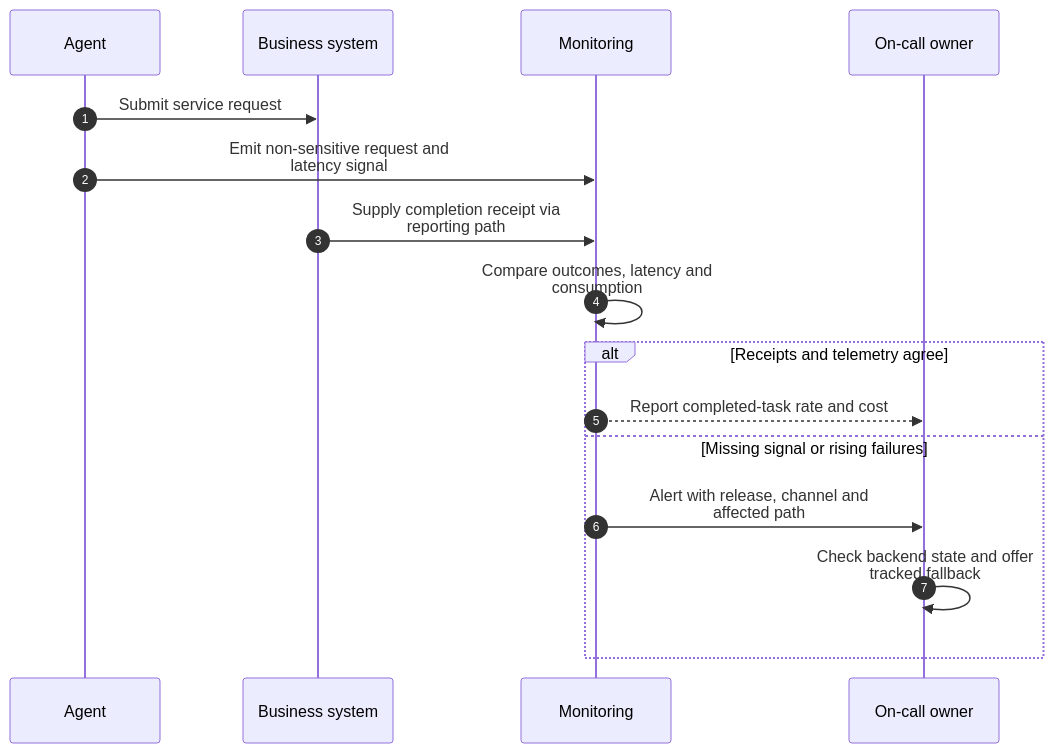
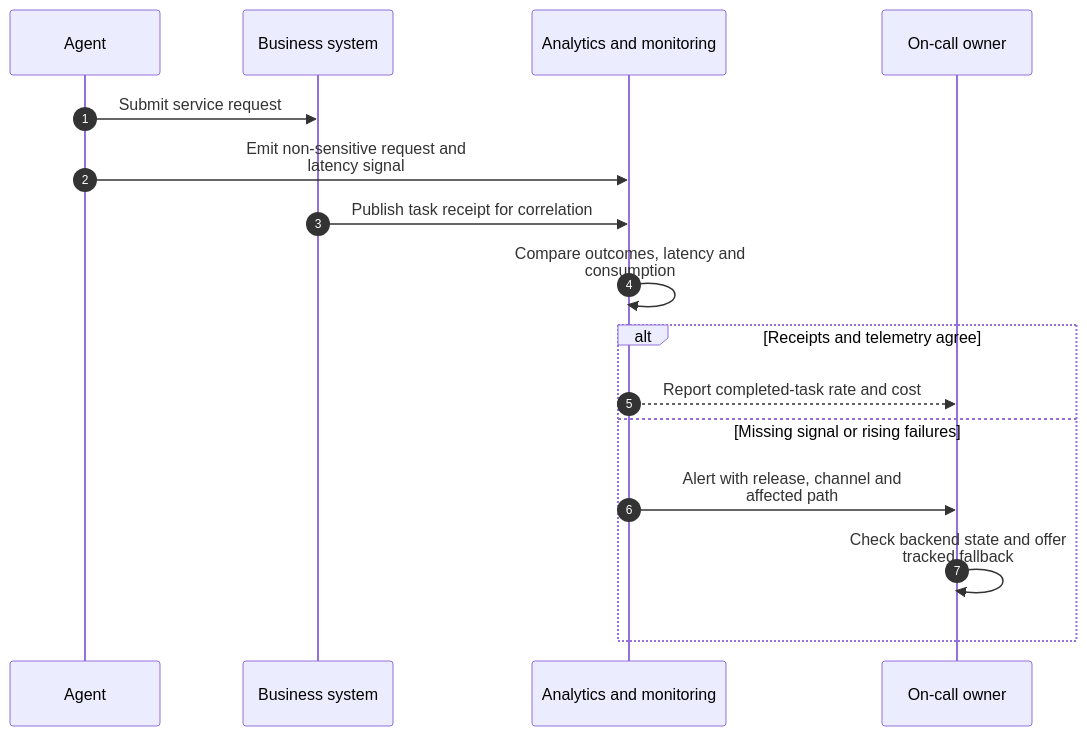
The second of 2 diagrams in technical-patterns/operational-monitoring.md (abhishek-ai-enabler/copilotstudio-architecture-patterns), drawn with Mermaid before and after one commit. The commit also changed 41 other files, not shown here.

First line of the commit message:
Review diagrams: add return paths and fix flow accuracy

````diff
--- a/technical-patterns/operational-monitoring.md
+++ b/technical-patterns/operational-monitoring.md
@@ -35,19 +35,19 @@
 ```mermaid
 sequenceDiagram
     accTitle: Monitor completed tasks, tool health and consumption together - technical flow
     autonumber
     participant A as Agent
     participant B as Business system
-    participant T as Monitoring
+    participant T as Analytics and monitoring
     participant H as On-call owner
     A->>B: Submit service request
     A->>T: Emit non-sensitive request and<br/>latency signal
-    B->>T: Supply completion receipt via<br/>reporting path
+    B->>T: Publish task receipt for correlation
     T->>T: Compare outcomes, latency and<br/>consumption
     alt Receipts and telemetry agree
-        T-->>H: Report completed-task rate and cost
+      T-->>H: Report completed-task rate and cost
     else Missing signal or rising failures
-        T->>H: Alert with release, channel and<br/>affected path
-        H->>H: Check backend state and offer<br/>tracked fallback
+      T->>H: Alert with release, channel and<br/>affected path
+      H->>H: Check backend state and offer<br/>tracked fallback
     end
 ```
````
